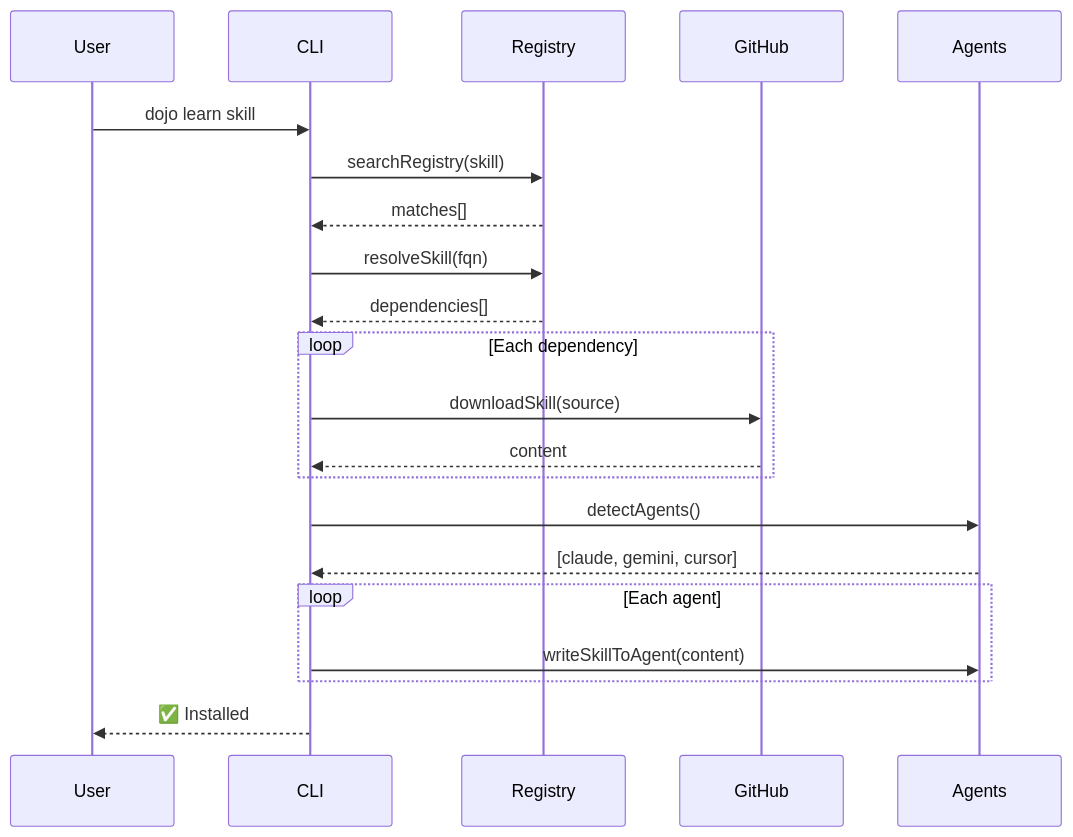
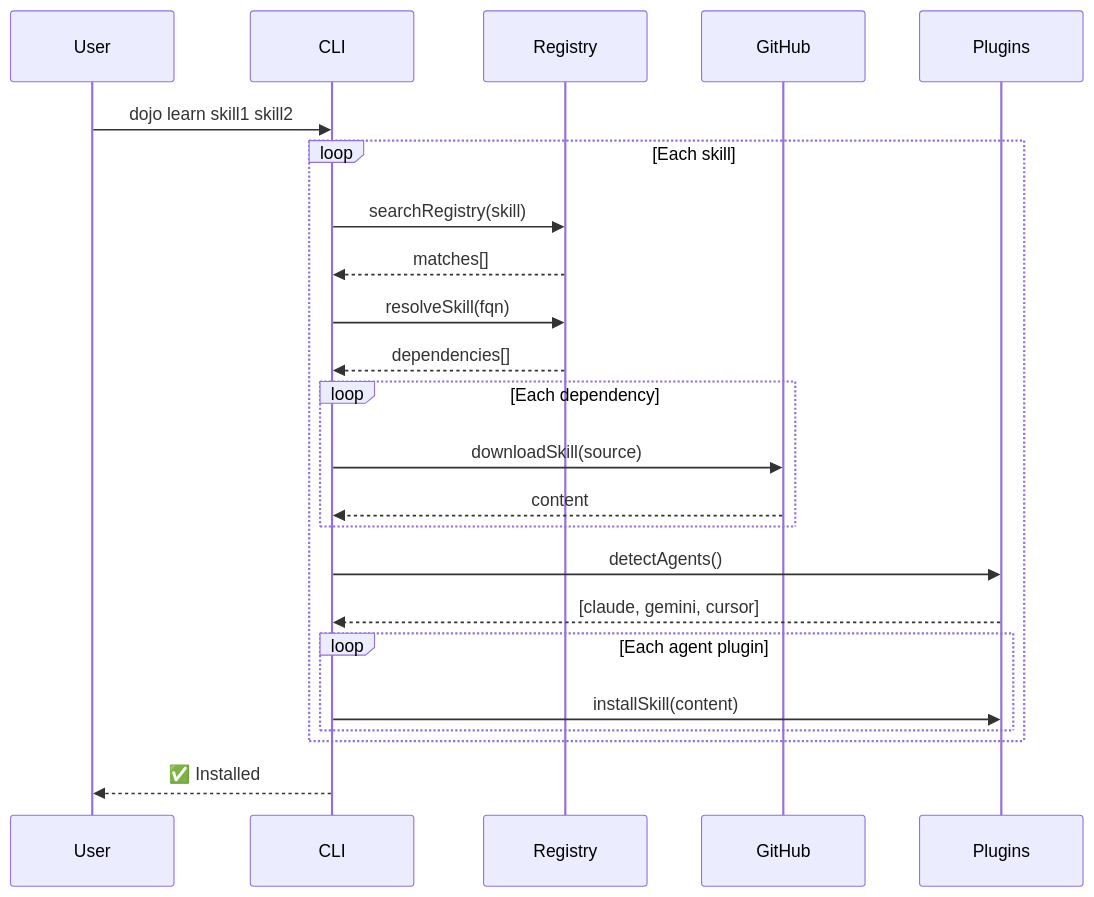
The second of 3 diagrams in docs/ARCHITECTURE.md (OpenSourceWTF/dojo), drawn with Mermaid before and after one commit. The commit also changed other lines of this file and 1 other file, not shown here.

First line of the commit message:
feat: add variadic tests, update ARCHITECTURE.md

````diff
--- a/docs/ARCHITECTURE.md
+++ b/docs/ARCHITECTURE.md
@@ -45,24 +46,26 @@
 ```mermaid
 sequenceDiagram
     participant User
     participant CLI
     participant Registry
     participant GitHub
-    participant Agents
+    participant Plugins
 
-    User->>CLI: dojo learn skill
-    CLI->>Registry: searchRegistry(skill)
-    Registry-->>CLI: matches[]
-    CLI->>Registry: resolveSkill(fqn)
-    Registry-->>CLI: dependencies[]
-    loop Each dependency
-        CLI->>GitHub: downloadSkill(source)
-        GitHub-->>CLI: content
-    end
-    CLI->>Agents: detectAgents()
-    Agents-->>CLI: [claude, gemini, cursor]
-    loop Each agent
-        CLI->>Agents: writeSkillToAgent(content)
+    User->>CLI: dojo learn skill1 skill2
+    loop Each skill
+        CLI->>Registry: searchRegistry(skill)
+        Registry-->>CLI: matches[]
+        CLI->>Registry: resolveSkill(fqn)
+        Registry-->>CLI: dependencies[]
+        loop Each dependency
+            CLI->>GitHub: downloadSkill(source)
+            GitHub-->>CLI: content
+        end
+        CLI->>Plugins: detectAgents()
+        Plugins-->>CLI: [claude, gemini, cursor]
+        loop Each agent plugin
+            CLI->>Plugins: installSkill(content)
+        end
     end
     CLI-->>User: ✅ Installed
 ```
````
